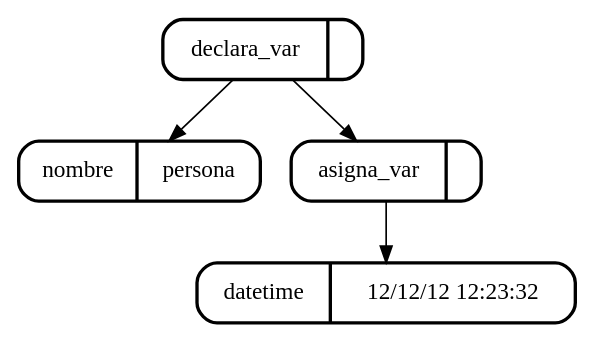
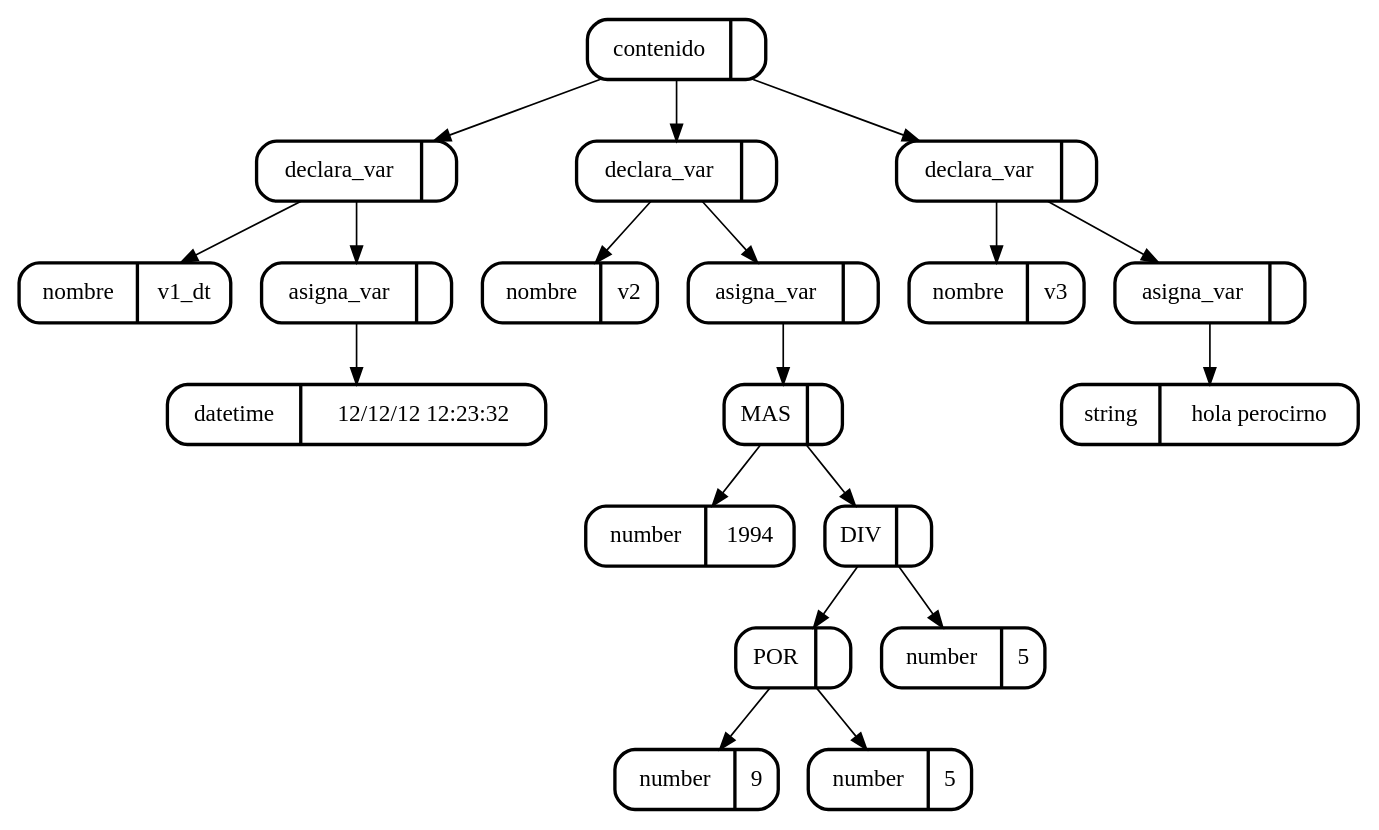
Before and after one commit to skrillfer/1s2018_CMP2P1: the diagram in USAC_WEB/Imagenes/arbol_cjs.dot, drawn with Graphviz. The commit also changed 7 other files, not shown here.

```diff
--- a/USAC_WEB/Imagenes/arbol_cjs.dot
+++ b/USAC_WEB/Imagenes/arbol_cjs.dot
@@ -1,11 +1,41 @@
 digraph G {
 node[shape=Mrecord]
+5[label="contenido | ",style=bold]
 3[label="declara_var | ",style=bold]
-4[label="nombre | persona",style=bold]
+{5}->{3}
+4[label="nombre | v1_dt",style=bold]
 {3}->{4}
 2[label="asigna_var | ",style=bold]
 {3}->{2}
-1[label="datetime | 12/12/12                    12:23:32",style=bold]
+1[label="datetime | 12/12/12 12:23:32",style=bold]
 {2}->{1}
+14[label="declara_var | ",style=bold]
+{5}->{14}
+15[label="nombre | v2",style=bold]
+{14}->{15}
+13[label="asigna_var | ",style=bold]
+{14}->{13}
+12[label="MAS | ",style=bold]
+{13}->{12}
+6[label="number | 1994",style=bold]
+{12}->{6}
+11[label="DIV | ",style=bold]
+{12}->{11}
+9[label="POR | ",style=bold]
+{11}->{9}
+7[label="number | 9",style=bold]
+{9}->{7}
+8[label="number | 5",style=bold]
+{9}->{8}
+10[label="number | 5",style=bold]
+{11}->{10}
+18[label="declara_var | ",style=bold]
+{5}->{18}
+19[label="nombre | v3",style=bold]
+{18}->{19}
+17[label="asigna_var | ",style=bold]
+{18}->{17}
+16[label="string | hola perocirno",style=bold]
+{17}->{16}
 
 }
```
